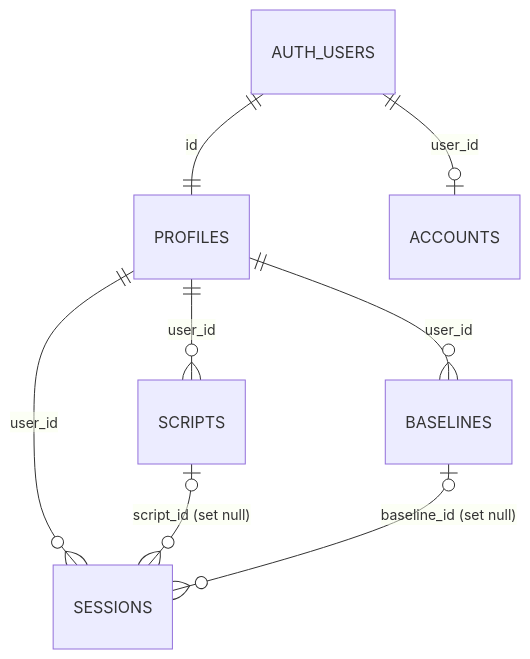
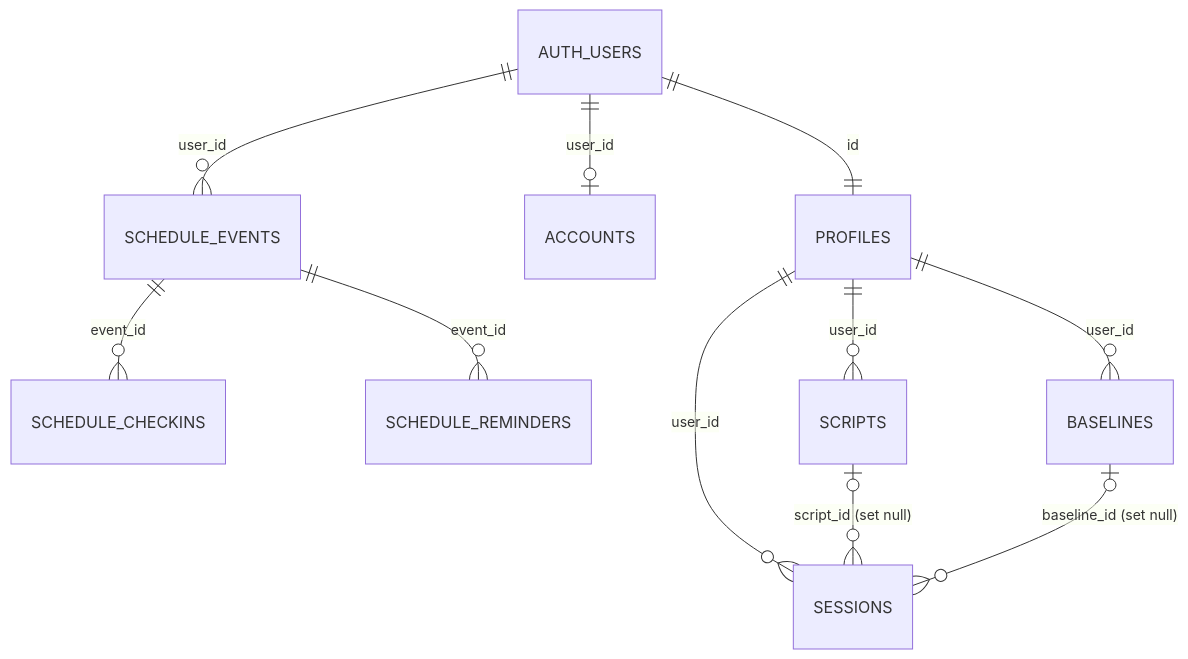
One commit to cbaolee/25c11-ct-team08-public-speaking-assistant changed the third of 5 diagrams in architecture.md. Above: the diagram before and after it, drawn with Mermaid. The commit also changed other lines of this file and 2 other files, not shown here.

Commit message:
docs(docs): document schedule database setup

````diff
--- a/architecture.md
+++ b/architecture.md
@@ -189,10 +190,13 @@
 ```mermaid
 erDiagram
     AUTH_USERS ||--|| PROFILES : "id"
     AUTH_USERS ||--o| ACCOUNTS : "user_id"
+    AUTH_USERS ||--o{ SCHEDULE_EVENTS : "user_id"
+    SCHEDULE_EVENTS ||--o{ SCHEDULE_CHECKINS : "event_id"
+    SCHEDULE_EVENTS ||--o{ SCHEDULE_REMINDERS : "event_id"
     PROFILES ||--o{ BASELINES : "user_id"
     PROFILES ||--o{ SCRIPTS : "user_id"
     PROFILES ||--o{ SESSIONS : "user_id"
     SCRIPTS |o--o{ SESSIONS : "script_id (set null)"
     BASELINES |o--o{ SESSIONS : "baseline_id (set null)"
 ```
````
